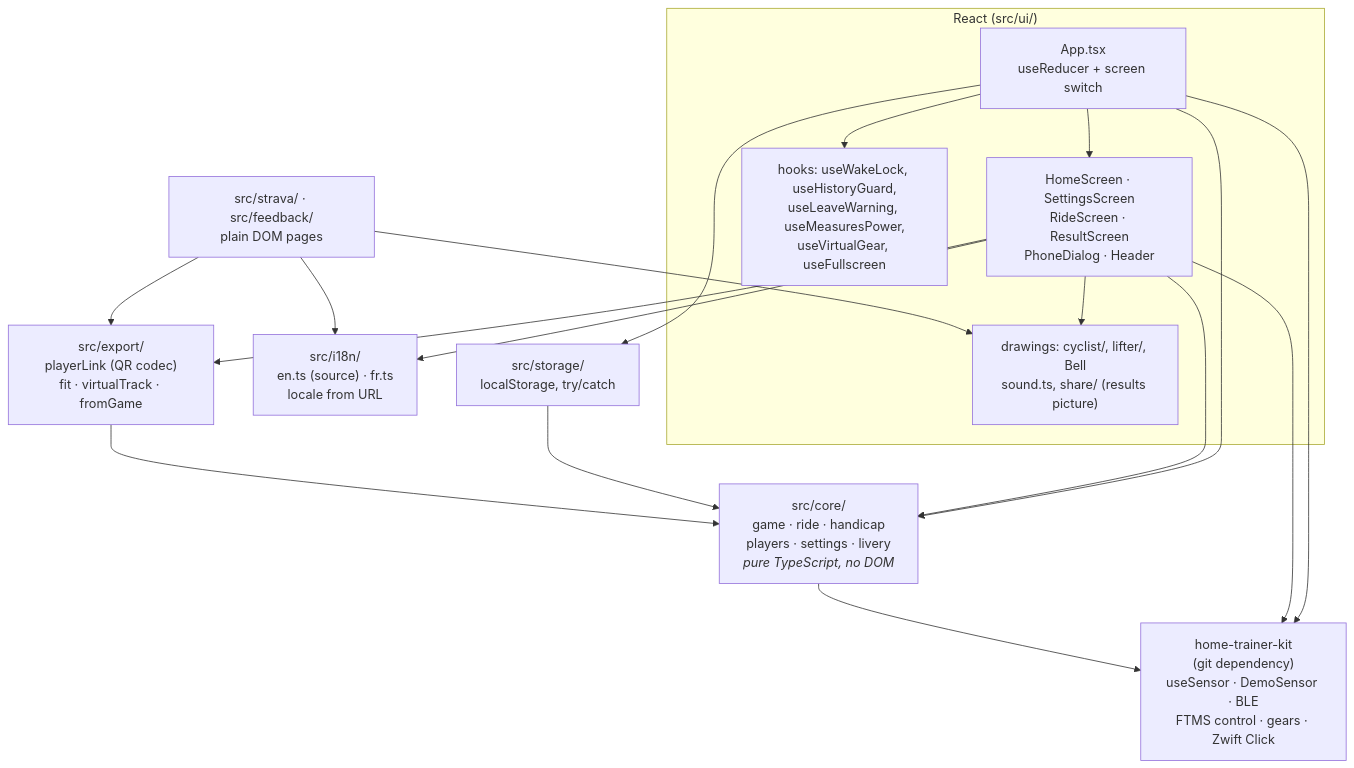
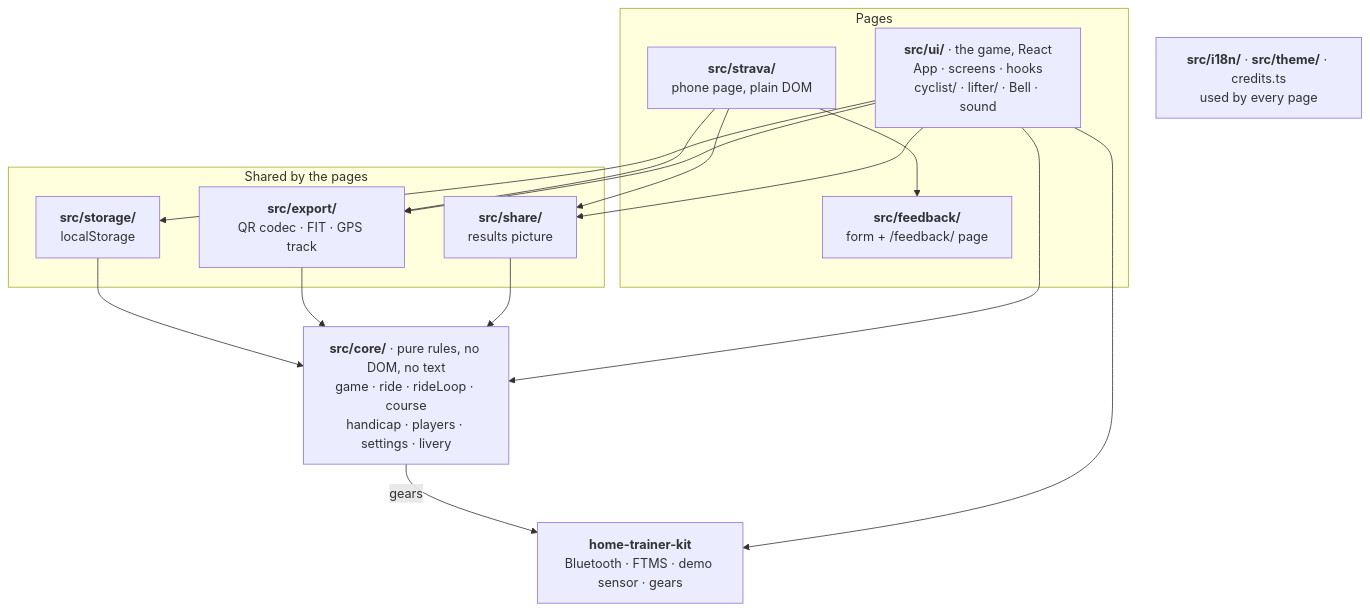
The third of 10 diagrams in docs/architecture.md (enavarro222/sonne_la_cloche), drawn with Mermaid before and after one commit. The commit also changed other lines of this file, not shown here.

Commit message:
Docs: architecture after the cleanup, a layers diagram that reads

````diff
--- a/docs/architecture.md
+++ b/docs/architecture.md
@@ -87,31 +91,25 @@
 ```mermaid
 flowchart TD
-    subgraph react["React (src/ui/)"]
-        app["App.tsx<br/>useReducer + screen switch"]
-        screens["HomeScreen · SettingsScreen<br/>RideScreen · ResultScreen<br/>PhoneDialog · Header"]
-        hooks["hooks: useWakeLock, useHistoryGuard,<br/>useLeaveWarning, useMeasuresPower,<br/>useVirtualGear, useFullscreen"]
-        art["drawings: cyclist/, lifter/, Bell<br/>sound.ts, share/ (results picture)"]
+    subgraph pages["Pages"]
+        ui["<b>src/ui/</b> · the game, React<br/>App · screens · hooks<br/>cyclist/ · lifter/ · Bell · sound"]
+        phone["<b>src/strava/</b><br/>phone page, plain DOM"]
+        feedback["<b>src/feedback/</b><br/>form + /feedback/ page"]
     end
 
-    core["src/core/<br/>game · ride · handicap<br/>players · settings · livery<br/><i>pure TypeScript, no DOM</i>"]
-    i18n["src/i18n/<br/>en.ts (source) · fr.ts<br/>locale from URL"]
-    storage["src/storage/<br/>localStorage, try/catch"]
-    export["src/export/<br/>playerLink (QR codec)<br/>fit · virtualTrack · fromGame"]
-    phonepages["src/strava/ · src/feedback/<br/>plain DOM pages"]
-    kit["home-trainer-kit<br/>(git dependency)<br/>useSensor · DemoSensor · BLE<br/>FTMS control · gears · Zwift Click"]
+    subgraph shared["Shared by the pages"]
+        share["<b>src/share/</b><br/>results picture"]
+        export["<b>src/export/</b><br/>QR codec · FIT · GPS track"]
+        storage["<b>src/storage/</b><br/>localStorage"]
+    end
 
-    app --> screens --> art
-    app --> hooks
-    app --> core
-    screens --> core
-    app --> storage --> core
-    app --> kit
-    screens --> kit
-    screens --> i18n
-    screens --> export
-    export --> core
-    phonepages --> export
-    phonepages --> i18n
-    phonepages --> art
-    core --> kit
+    core["<b>src/core/</b> · pure rules, no DOM, no text<br/>game · ride · rideLoop · course<br/>handicap · players · settings · livery"]
+    kit["<b>home-trainer-kit</b><br/>Bluetooth · FTMS · demo sensor · gears"]
+    cross["<b>src/i18n/</b> · <b>src/theme/</b> · credits.ts<br/>used by every page"]
+
+    ui --> share & export & storage
+    phone --> feedback & share & export
+    ui --> core
+    ui --> kit
+    share & export & storage --> core
+    core -- "gears" --> kit
 ```
````
